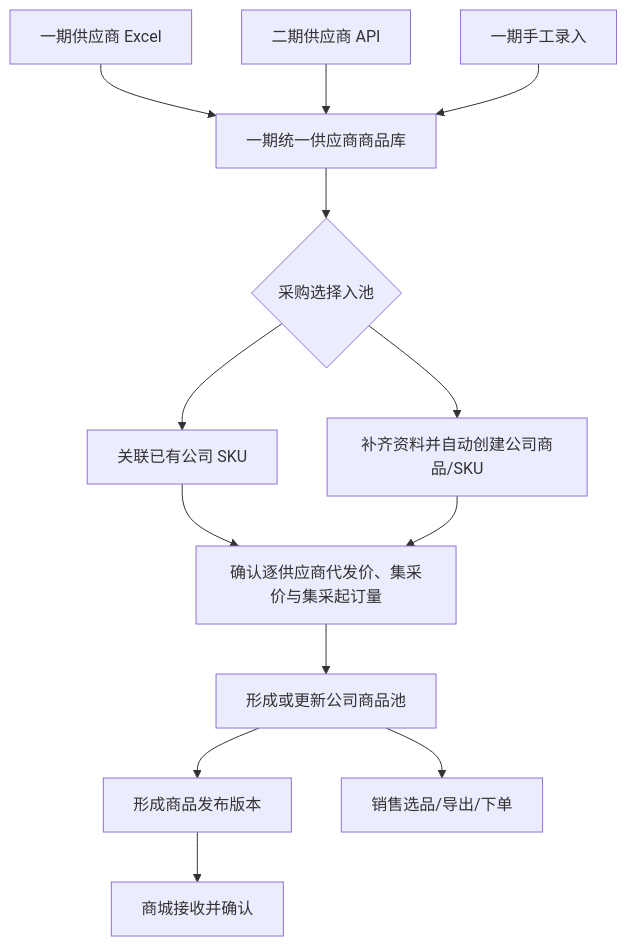
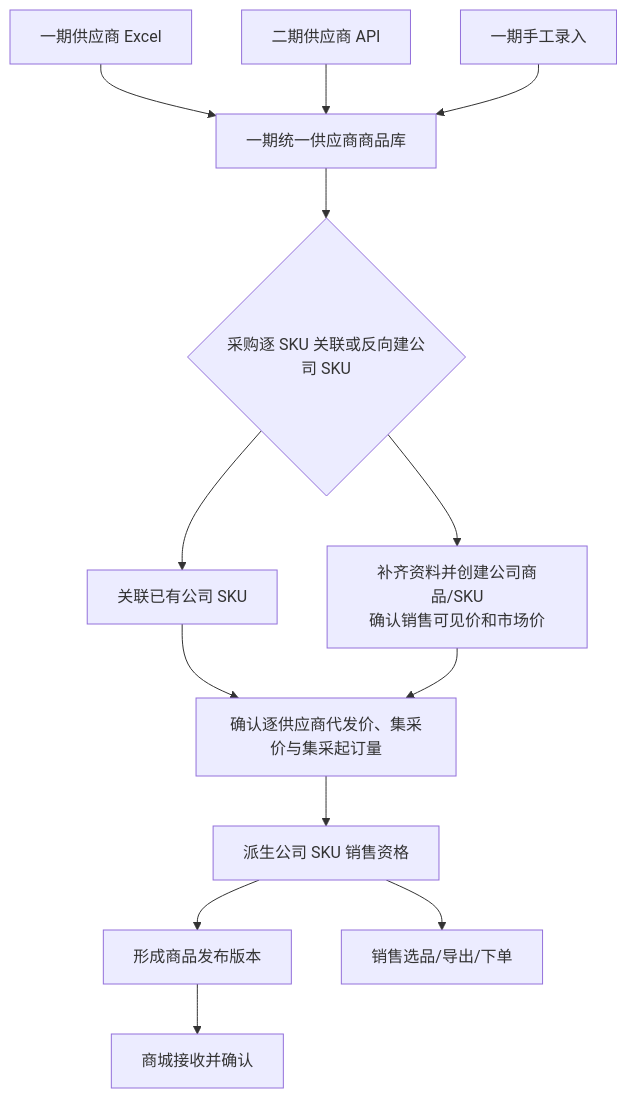
Before and after one commit to mztlive/erp: the second of 5 diagrams in docs/erp-phase-2.md, drawn with Mermaid. The commit also changed other lines of this file and 14 other files, not shown here.

````diff
--- a/docs/erp-phase-2.md
+++ b/docs/erp-phase-2.md
@@ -312,28 +312,28 @@
 ```mermaid
 flowchart TD
   Excel[一期供应商 Excel]
   Api[二期供应商 API]
   Manual[一期手工录入]
   Catalog[一期统一供应商商品库]
-  Review{采购选择入池}
+  Review{采购逐 SKU 关联或反向建公司 SKU}
   Existing[关联已有公司 SKU]
-  New[补齐资料并自动创建公司商品/SKU]
+  New[补齐资料并创建公司商品/SKU\n确认销售可见价和市场价]
   Supply[确认逐供应商代发价、集采价与集采起订量]
-  Pool[形成或更新公司商品池]
+  Eligible[派生公司 SKU 销售资格]
   Publish[形成商品发布版本]
   Sales[销售选品/导出/下单]
   Mall[商城接收并确认]
 
   Excel --> Catalog
   Api --> Catalog
   Manual --> Catalog
   Catalog --> Review
   Review --> Existing
   Review --> New
   Existing --> Supply
   New --> Supply
-  Supply --> Pool
-  Pool --> Sales
-  Pool --> Publish
+  Supply --> Eligible
+  Eligible --> Sales
+  Eligible --> Publish
   Publish --> Mall
 ```
````
